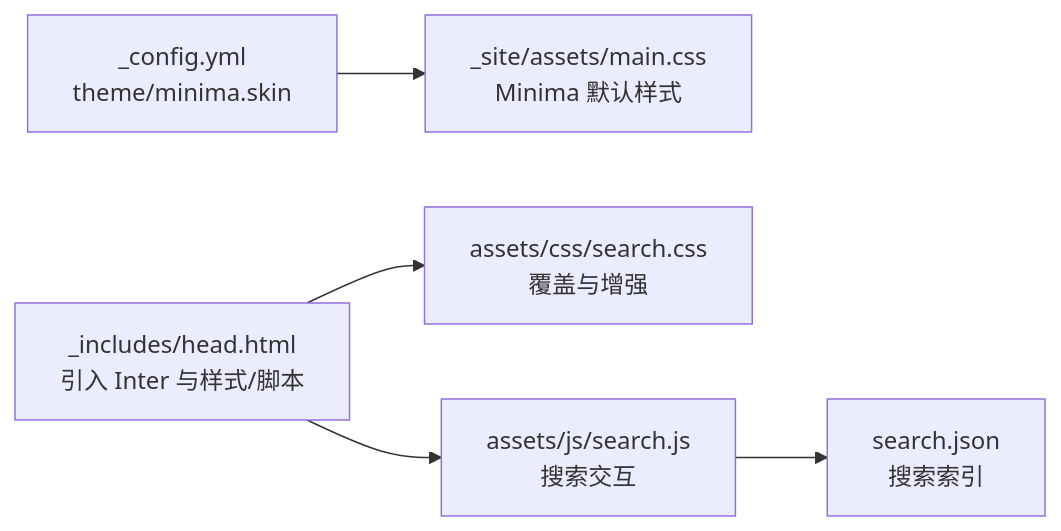
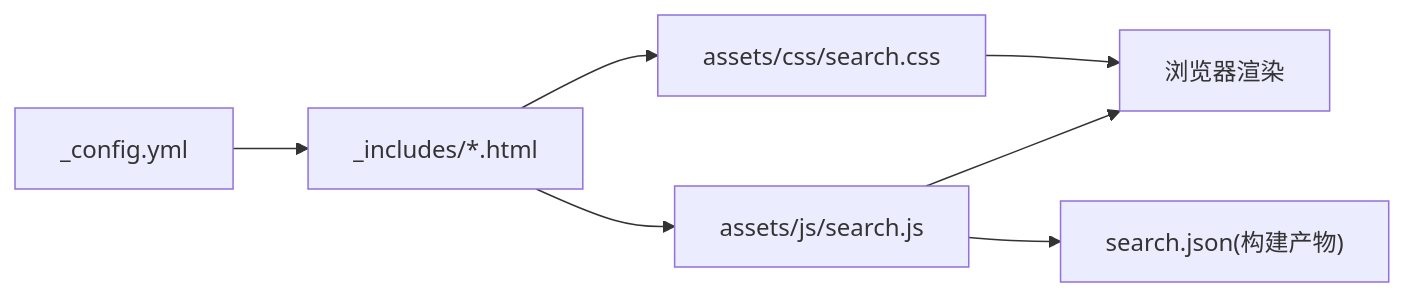
The fourth of 4 diagrams in .qoder/repowiki/zh/content/主题定制/主题定制.md (LZC6244/lzc6244.github.io), drawn with Mermaid before and after one commit. The commit also changed other lines of this file and 104 other files, not shown here.

````diff
--- a/.qoder/repowiki/zh/content/主题定制/主题定制.md
+++ b/.qoder/repowiki/zh/content/主题定制/主题定制.md
@@ -245,7 +289,9 @@
 ```mermaid
 graph LR
-CFG["_config.yml<br/>theme/minima.skin"] --> MIN["_site/assets/main.css<br/>Minima 默认样式"]
-HEAD["_includes/head.html<br/>引入 Inter 与样式/脚本"] --> CSS["assets/css/search.css<br/>覆盖与增强"]
-HEAD --> JS["assets/js/search.js<br/>搜索交互"]
-JS --> IDX["search.json<br/>搜索索引"]
+CFG["_config.yml"] --> TPL["_includes/*.html"]
+TPL --> CSS["assets/css/search.css"]
+TPL --> JS["assets/js/search.js"]
+JS --> JSON["search.json(构建产物)"]
+CSS --> UI["浏览器渲染"]
+JS --> UI
 ```
````
